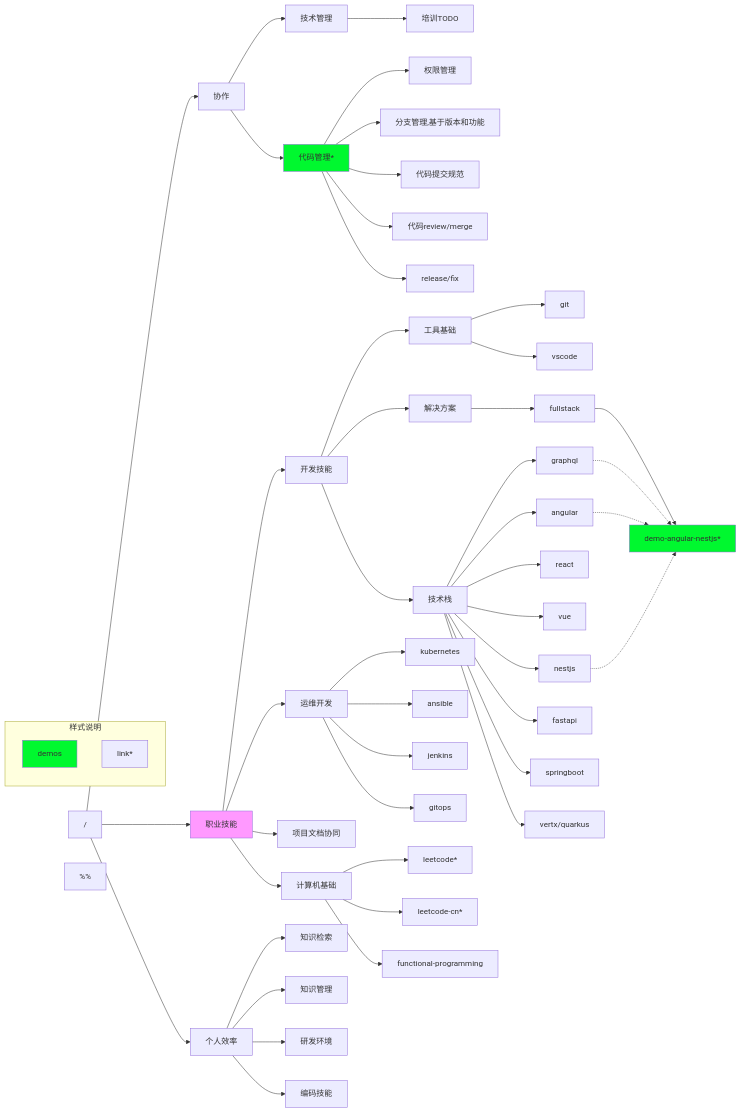
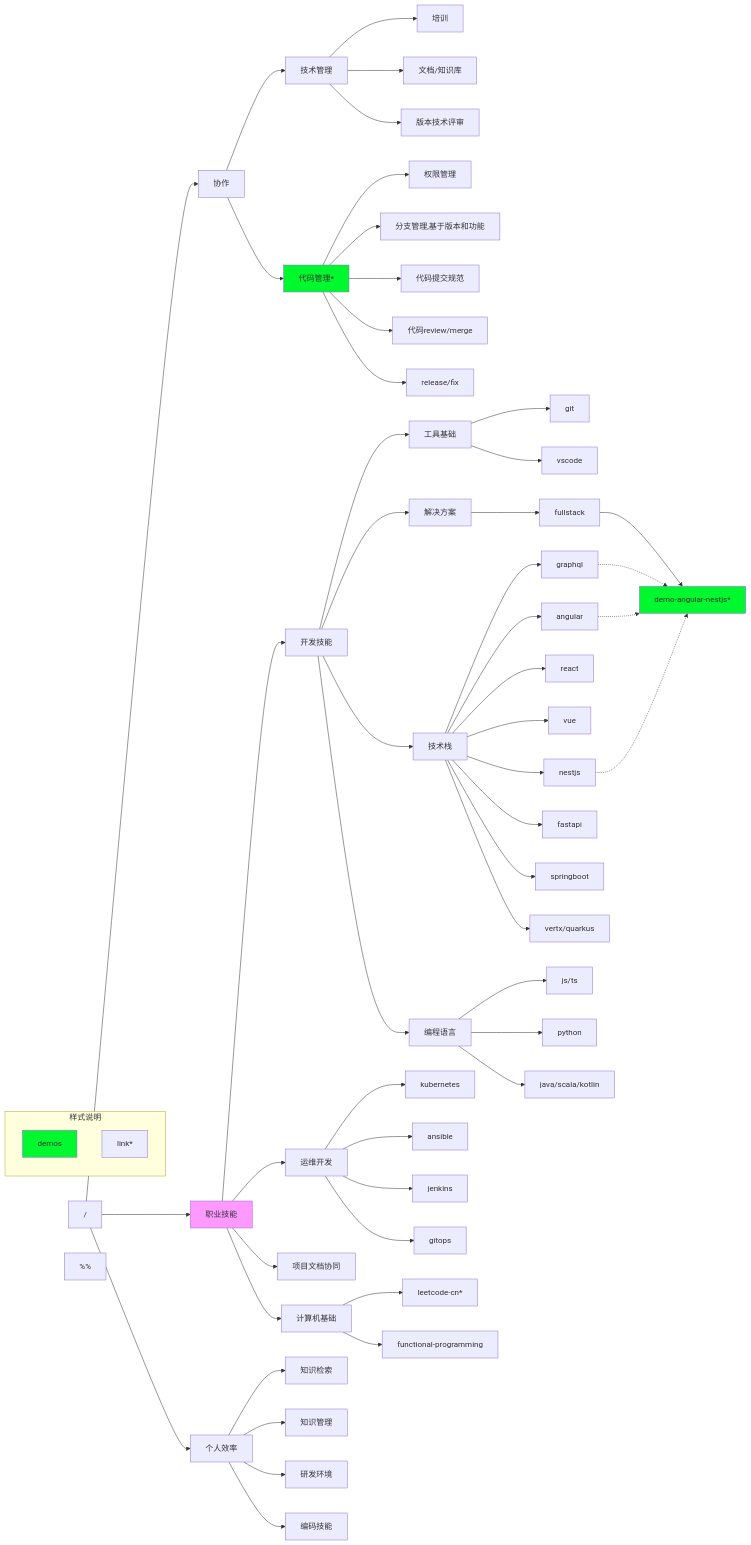
The diagram in README.md (lovepocky-home/skills), drawn with Mermaid before and after one commit.

```diff
--- a/README.md
+++ b/README.md
@@ -43,11 +43,15 @@
   personal_effiency --> 知识管理
   personal_effiency --> 研发环境
   personal_effiency --> 编码技能
-  click 编码技能 "https://github.com/lovepocky-home/skills#编码技能"
 
   dev --> tools
   dev --> solution
   dev --> techstack
+  dev --> pl[编程语言]
+
+  pl --> js/ts
+  pl --> python
+  pl --> java/scala/kotlin
 
   solution --> fullstack
 
@@ -67,7 +71,9 @@
   coo --> techmana[技术管理]
   coo --> srcmana[代码管理*]:::demo
 
-  techmana --> 培训TODO
+  techmana --> 培训
+  techmana --> 文档/知识库
+  techmana --> 版本技术评审
 
   srcmana --> 权限管理
   srcmana --> 分支管理,基于版本和功能
@@ -80,8 +86,9 @@
   tools --> vscode
 
   %%
-  computerbasic --> leetcode[leetcode*]
-  click leetcode "https://leetcode.com/lovepocky/"
+  %%computerbasic --> 算法
+  %%算法 --> leetcode[leetcode*]
+  %%click leetcode "https://leetcode.com/lovepocky/"
   computerbasic --> leetcode-cn[leetcode-cn*]
   click leetcode-cn "https://leetcode-cn.com/u/lovepocky/"
   computerbasic --> functional-programming
```
